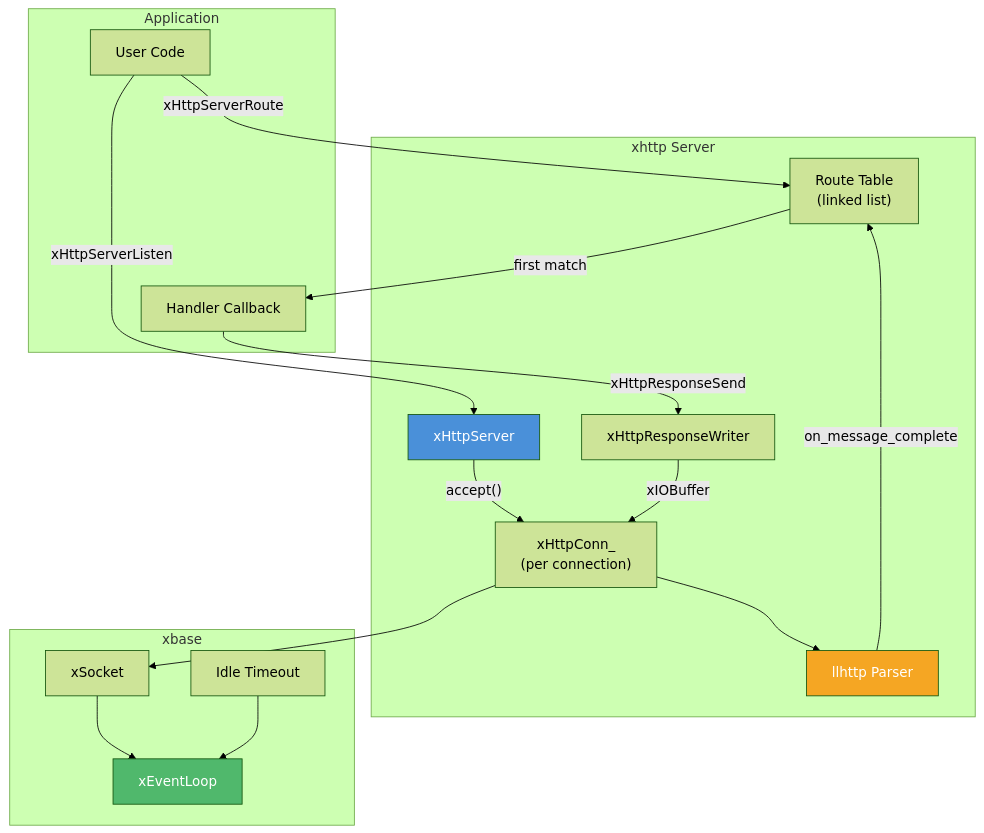
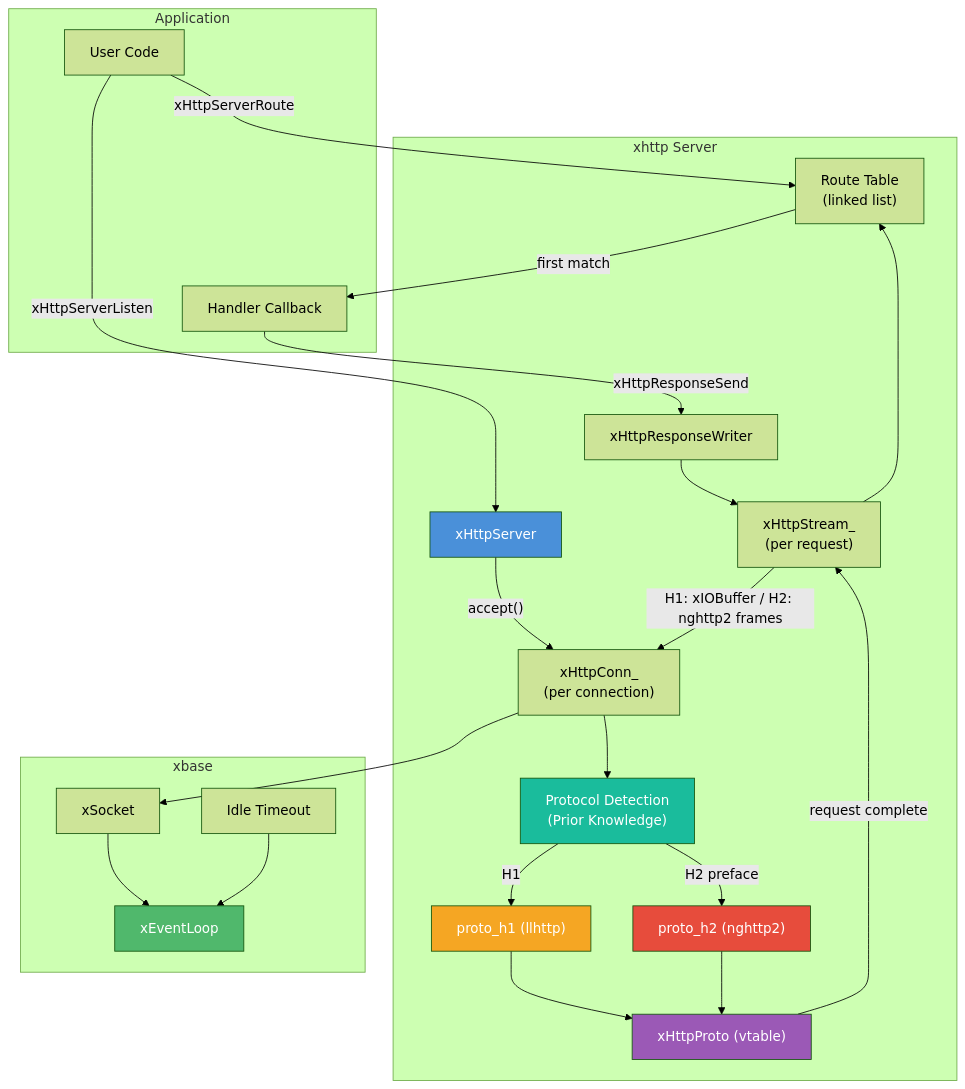
Before and after one commit to mivinci/DownloadKit: the first of 4 diagrams in docs/xhttp/server.md, drawn with Mermaid (forest theme). The commit also changed other lines of this file and 19 other files, not shown here.

First line of the commit message:
feat(xhttp): add HTTP/2 (h2c) support via Prior Knowledge (#45)

````diff
--- a/docs/xhttp/server.md
+++ b/docs/xhttp/server.md
@@ -24,37 +26,50 @@
 ```mermaid
 graph TD
     subgraph "Application"
         APP["User Code"]
         HANDLER["Handler Callback"]
     end
 
     subgraph "xhttp Server"
         SERVER["xHttpServer"]
         ROUTER["Route Table<br/>(linked list)"]
         CONN["xHttpConn_<br/>(per connection)"]
-        PARSER["llhttp Parser"]
+        DETECT["Protocol Detection<br/>(Prior Knowledge)"]
+        PROTO["xHttpProto (vtable)"]
+        PARSER_H1["proto_h1 (llhttp)"]
+        PARSER_H2["proto_h2 (nghttp2)"]
+        STREAM["xHttpStream_<br/>(per request)"]
         WRITER["xHttpResponseWriter"]
     end
 
     subgraph "xbase"
         LOOP["xEventLoop"]
         SOCK["xSocket"]
         TIMER["Idle Timeout"]
     end
 
     APP -->|"xHttpServerRoute"| ROUTER
     APP -->|"xHttpServerListen"| SERVER
     SERVER -->|"accept()"| CONN
-    CONN --> PARSER
-    PARSER -->|"on_message_complete"| ROUTER
+    CONN --> DETECT
+    DETECT -->|"H1"| PARSER_H1
+    DETECT -->|"H2 preface"| PARSER_H2
+    PARSER_H1 --> PROTO
+    PARSER_H2 --> PROTO
+    PROTO -->|"request complete"| STREAM
+    STREAM --> ROUTER
     ROUTER -->|"first match"| HANDLER
     HANDLER -->|"xHttpResponseSend"| WRITER
-    WRITER -->|"xIOBuffer"| CONN
+    WRITER --> STREAM
+    STREAM -->|"H1: xIOBuffer / H2: nghttp2 frames"| CONN
     CONN --> SOCK
     SOCK --> LOOP
     TIMER --> LOOP
 
     style SERVER fill:#4a90d9,color:#fff
     style LOOP fill:#50b86c,color:#fff
-    style PARSER fill:#f5a623,color:#fff
+    style PROTO fill:#9b59b6,color:#fff
+    style PARSER_H1 fill:#f5a623,color:#fff
+    style PARSER_H2 fill:#e74c3c,color:#fff
+    style DETECT fill:#1abc9c,color:#fff
 ```
````
